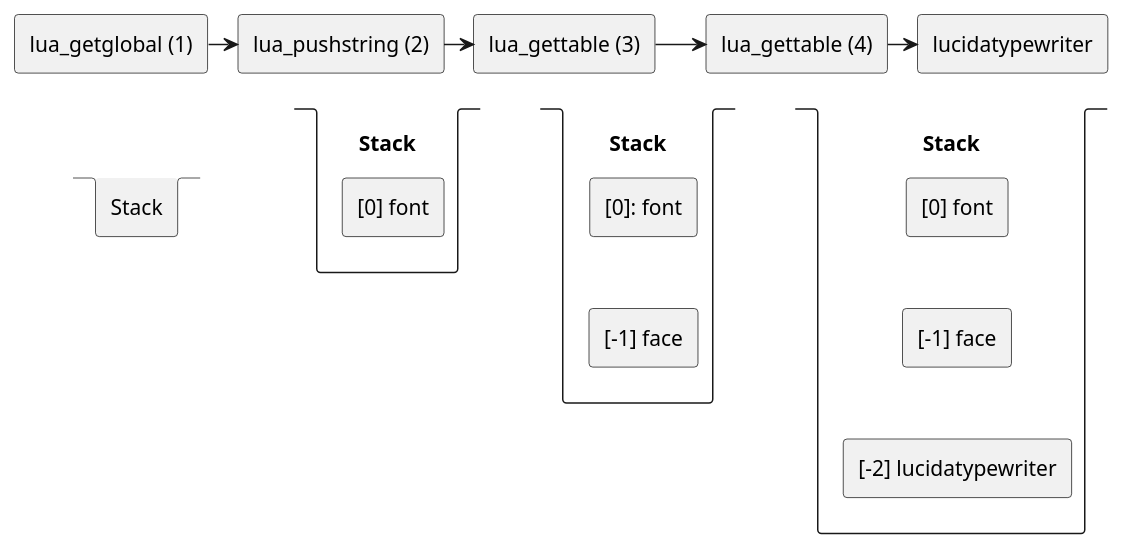
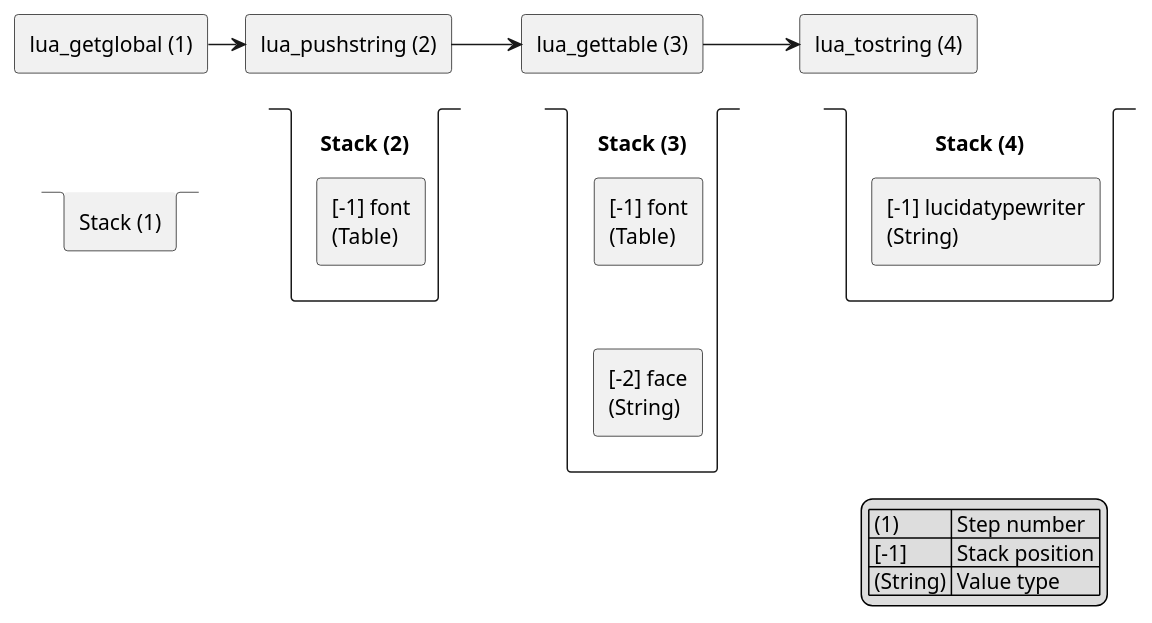
The second of 2 diagrams in _drafts/embedding-other-languages.adoc (unexist/blog), drawn with PlantUML before and after one commit. The commit also changed other lines of this file, not shown here.

Commit message:
Updated stack handling and added links to Lua API

```diff
--- a/_drafts/embedding-other-languages.adoc
+++ b/_drafts/embedding-other-languages.adoc
@@ -583,50 +587,58 @@
 [plantuml]
 ----
 '!theme unexist from {{ site.asciidoctor_attributes.plantumldir }}
 
 skinparam linetype ortho
 skinparam nodesep 20
 skinparam ranksep 20
 
-rectangle "lua_getglobal (1)" as l1
-rectangle "lua_pushstring (2)" as l2
-rectangle "lua_gettable (3)" as l3
-rectangle "lua_gettable (4)" as l4
-rectangle "lucidatypewriter" as res
-
-stack "Stack" as s1 {
+together {
+    rectangle "lua_getglobal (1)" as l1
+    stack "Stack (1)" as s1
 }
 
-stack "Stack" as s2 {
-  rectangle "[0] font"
+together {
+    rectangle "lua_pushstring (2)" as l2
+    stack "Stack (2)" as s2 {
+        rectangle "[-1] font\n(Table)"
+    }
 }
 
-stack "Stack" as s3 {
-  rectangle "[0]: font" as s3_font
-  rectangle "[-1] face"  as s3_face
+together {
+    rectangle "lua_gettable (3)" as l3
+    stack "Stack (3)" as s3 {
+        rectangle "[-1] font\n(Table)" as s3_font
+        rectangle "[-2] face\n(String)"  as s3_face
+    }
 }
 
-stack "Stack" as s4 {
-  rectangle "[0] font" as s4_font
-  rectangle "[-1] face" as s4_face
-  rectangle "[-2] lucidatypewriter" as s4_luci
+together {
+    rectangle "lua_tostring (4)" as l4
+    stack "Stack (4)" as s4 {
+        rectangle "[-1] lucidatypewriter\n(String)" as s4_luci
+    }
 }
 
+legend right
+    | (1) | Step number |
+    | [-1] | Stack position |
+    | (String) | Value type |
+endlegend
+
+' Placement
 s3_font -[hidden]d-> s3_face
-s4_font -[hidden]d-> s4_face
-s4_face -[hidden]d-> s4_luci
 
 s1 -[hidden]r-> s2
 s2 -[hidden]r-> s3
 s3 -[hidden]r-> s4
 
-s1 -[hidden]u-> l1
-s2 -[hidden]u-> l2
-s3 -[hidden]u-> l3
-s4 -[hidden]u-> l4
+l1 -[hidden]d-> s1
+l2 -[hidden]d-> s2
+l3 -[hidden]d-> s3
+l4 -[hidden]d-> s4
 
-l1 -r-> l2
-l2 -r-> l3
-l3 -r-> l4
-l4 -r-> res
+' Arrows
+l1 -r--> l2
+l2 -r--> l3
+l3 -r--> l4
 ----
```
